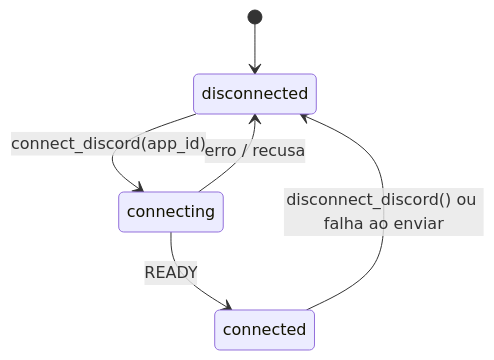
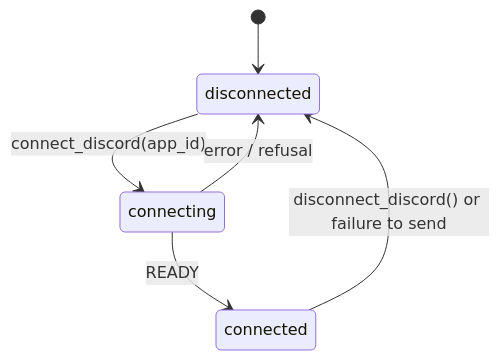
Before and after one commit to ericksousa32/Discord-RPC-Injector: the second of 3 diagrams in docs/07-arquitetura.md, drawn with Mermaid. The commit also changed other lines of this file and 14 other files, not shown here.

````diff
--- a/docs/07-arquitetura.md
+++ b/docs/07-arquitetura.md
@@ -82,8 +82,8 @@
 ```mermaid
 stateDiagram-v2
     [*] --> disconnected
     disconnected --> connecting: connect_discord(app_id)
     connecting --> connected: READY
-    connecting --> disconnected: erro / recusa
-    connected --> disconnected: disconnect_discord() ou falha ao enviar
+    connecting --> disconnected: error / refusal
+    connected --> disconnected: disconnect_discord() or failure to send
 ```
````
